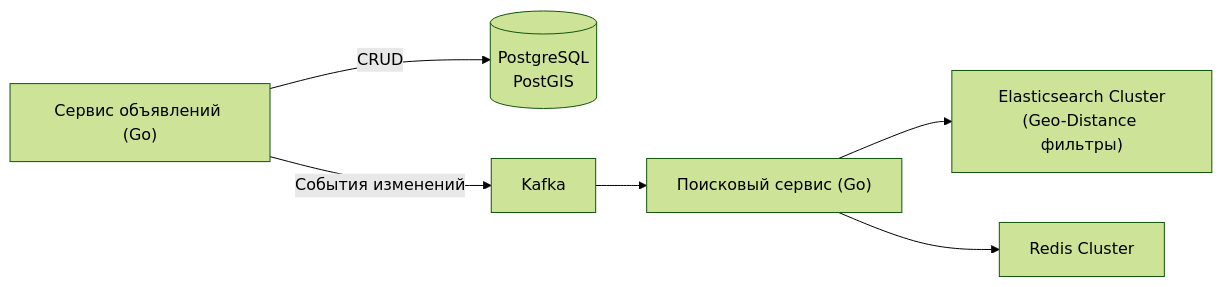
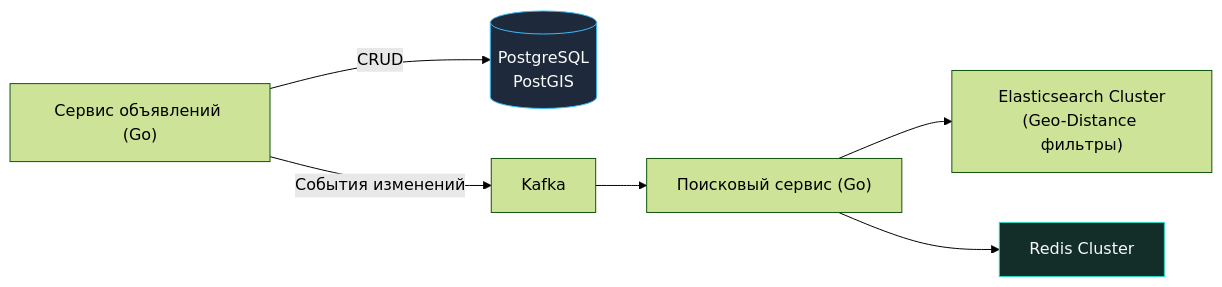
The seventh of 10 diagrams in sources/11. Архитектура и System Design/52. Разбор типичных System Design задач.md (UnrealTemplier/go-textbook), drawn with Mermaid (forest theme) before and after one commit. The commit also changed other lines of this file and 1666 other files, not shown here.

First line of the commit message:
feat(mermaid): add semantic color classDef to 1369 colorless flowchart/graph diagrams

````diff
--- a/sources/11. Архитектура и System Design/52. Разбор типичных System Design задач.md
+++ b/sources/11. Архитектура и System Design/52. Разбор типичных System Design задач.md
@@ -342,12 +402,22 @@
 ```mermaid
 flowchart LR
+    classDef process  fill:#1e293b,stroke:#38bdf8,stroke-width:1px,color:#f8fafc
+    classDef success  fill:#064e3b,stroke:#34d399,stroke-width:1px,color:#f8fafc
+    classDef error    fill:#7f1d1d,stroke:#f87171,stroke-width:1px,color:#f8fafc
+    classDef warning  fill:#78350f,stroke:#fbbf24,stroke-width:1px,color:#f8fafc
+    classDef entry    fill:#1e3a5f,stroke:#38bdf8,stroke-width:2px,color:#f8fafc
+    classDef aux      fill:#334155,stroke:#64748b,stroke-width:1px,color:#f8fafc
+    classDef system   fill:#312e81,stroke:#a78bfa,stroke-width:1px,color:#f8fafc
+    classDef data     fill:#132d29,stroke:#2dd4bf,stroke-width:1px,color:#f8fafc
+    classDef network  fill:#881337,stroke:#fb7185,stroke-width:1px,color:#f8fafc
+    classDef accent   fill:#1e1b4b,stroke:#818cf8,stroke-width:1px,color:#f8fafc
     ListingSvc["Сервис объявлений (Go)"]
     SearchSvc["Поисковый сервис (Go)"]
     Elastic["Elasticsearch Cluster<br>(Geo-Distance фильтры)"]
-    DB[("PostgreSQL<br>PostGIS")]
-    Cache["Redis Cluster"]
+    DB[("PostgreSQL<br>PostGIS")]:::process
+    Cache["Redis Cluster"]:::data
 
     ListingSvc -->|"CRUD"| DB
     ListingSvc -->|"События изменений"| Kafka --> SearchSvc --> Elastic
     SearchSvc --> Cache
 ```
````
